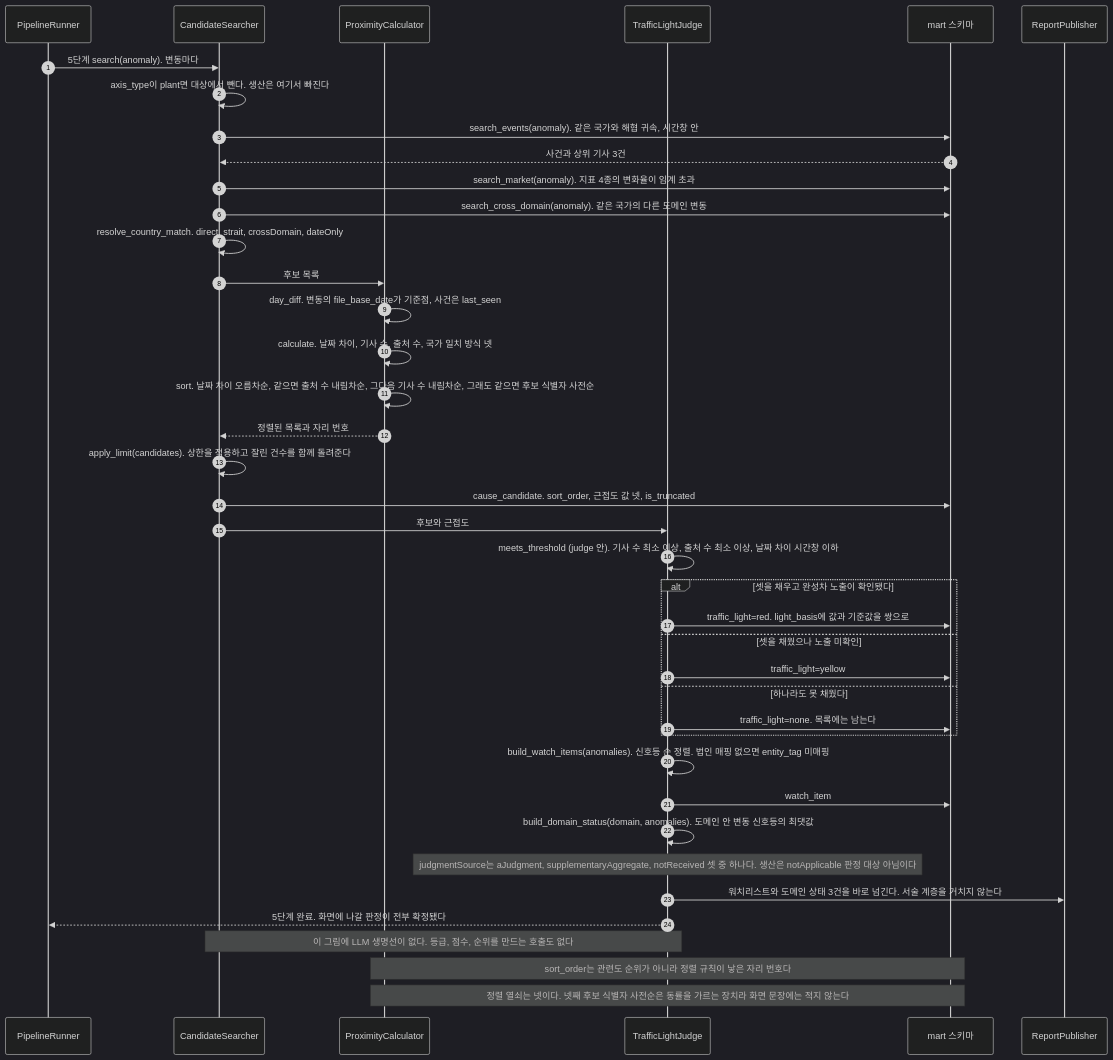
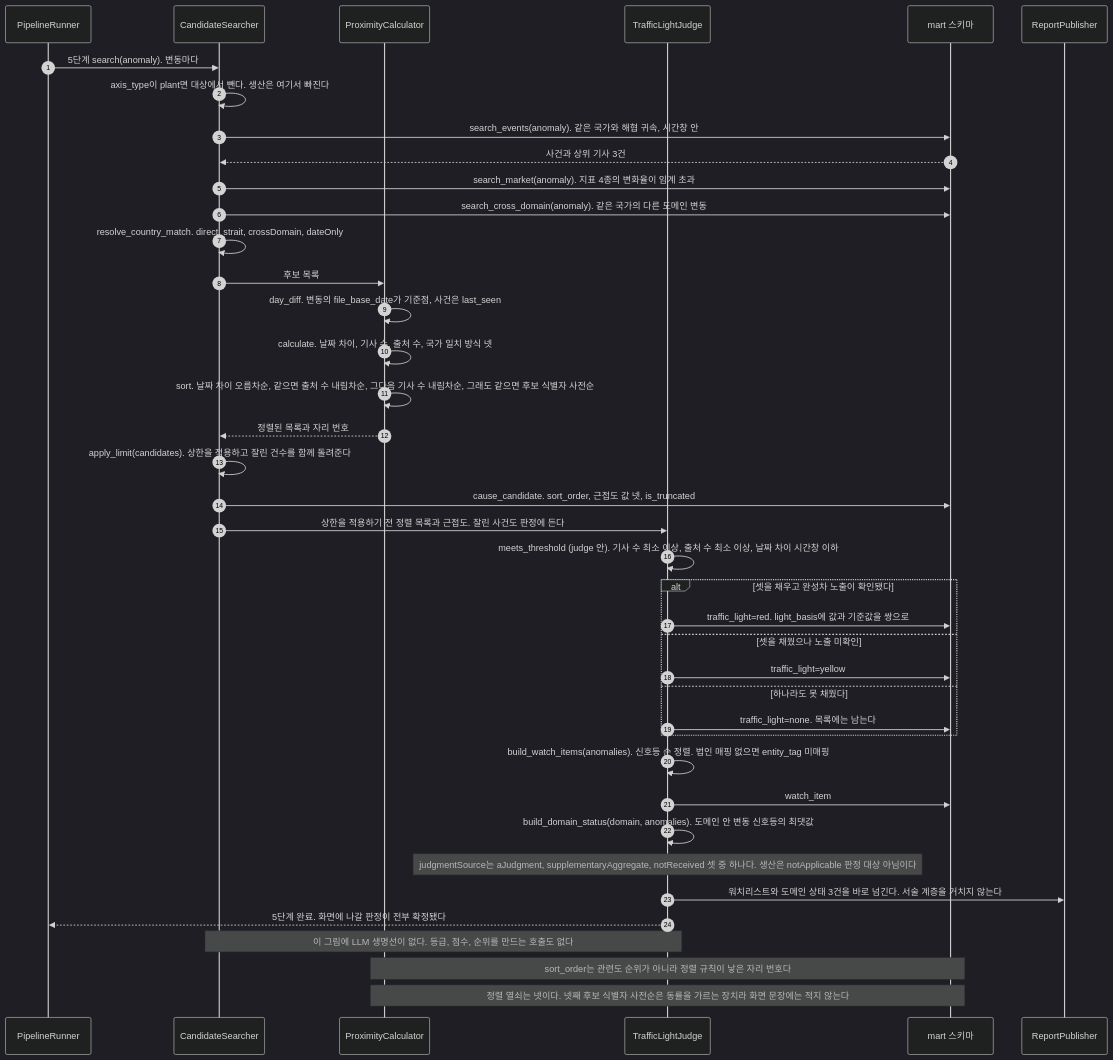
One commit to HoyoungParkme/tableau_platform changed the eighth of 14 diagrams in docs/specs/09-SEQ/TBL-SEQ-002.md. Above: the diagram before and after it, drawn with Mermaid (dark theme).

Commit message:
유저 결정 #25 반영(v4, 2026-09-30): SEQ-8에서 신호등 판정이 받는 목록을 상한 적용 전 정렬 목록으로 적는다.

````diff
--- a/docs/specs/09-SEQ/TBL-SEQ-002.md
+++ b/docs/specs/09-SEQ/TBL-SEQ-002.md
@@ -500,42 +500,42 @@
 ```mermaid
 sequenceDiagram
   autonumber
   participant RUN as PipelineRunner
   participant CS as CandidateSearcher
   participant PX as ProximityCalculator
   participant TLJ as TrafficLightJudge
   participant DB_MART as mart 스키마
   participant RP as ReportPublisher
   RUN->>CS: 5단계 search(anomaly). 변동마다
   CS->>CS: axis_type이 plant면 대상에서 뺀다. 생산은 여기서 빠진다
   CS->>DB_MART: search_events(anomaly). 같은 국가와 해협 귀속, 시간창 안
   DB_MART-->>CS: 사건과 상위 기사 3건
   CS->>DB_MART: search_market(anomaly). 지표 4종의 변화율이 임계 초과
   CS->>DB_MART: search_cross_domain(anomaly). 같은 국가의 다른 도메인 변동
   CS->>CS: resolve_country_match. direct, strait, crossDomain, dateOnly
   CS->>PX: 후보 목록
   PX->>PX: day_diff. 변동의 file_base_date가 기준점, 사건은 last_seen
   PX->>PX: calculate. 날짜 차이, 기사 수, 출처 수, 국가 일치 방식 넷
   PX->>PX: sort. 날짜 차이 오름차순, 같으면 출처 수 내림차순, 그다음 기사 수 내림차순, 그래도 같으면 후보 식별자 사전순
   PX-->>CS: 정렬된 목록과 자리 번호
   CS->>CS: apply_limit(candidates). 상한을 적용하고 잘린 건수를 함께 돌려준다
   CS->>DB_MART: cause_candidate. sort_order, 근접도 값 넷, is_truncated
-  CS->>TLJ: 후보와 근접도
+  CS->>TLJ: 상한을 적용하기 전 정렬 목록과 근접도. 잘린 사건도 판정에 든다
   TLJ->>TLJ: meets_threshold (judge 안). 기사 수 최소 이상, 출처 수 최소 이상, 날짜 차이 시간창 이하
   alt 셋을 채우고 완성차 노출이 확인됐다
     TLJ->>DB_MART: traffic_light=red. light_basis에 값과 기준값을 쌍으로
   else 셋을 채웠으나 노출 미확인
     TLJ->>DB_MART: traffic_light=yellow
   else 하나라도 못 채웠다
     TLJ->>DB_MART: traffic_light=none. 목록에는 남는다
   end
   TLJ->>TLJ: build_watch_items(anomalies). 신호등 순 정렬. 법인 매핑 없으면 entity_tag 미매핑
   TLJ->>DB_MART: watch_item
   TLJ->>TLJ: build_domain_status(domain, anomalies). 도메인 안 변동 신호등의 최댓값
   Note over TLJ: judgmentSource는 aJudgment, supplementaryAggregate, notReceived 셋 중 하나다. 생산은 notApplicable 판정 대상 아님이다
   TLJ->>RP: 워치리스트와 도메인 상태 3건을 바로 넘긴다. 서술 계층을 거치지 않는다
   TLJ-->>RUN: 5단계 완료. 화면에 나갈 판정이 전부 확정됐다
   Note over CS,TLJ: 이 그림에 LLM 생명선이 없다. 등급, 점수, 순위를 만드는 호출도 없다
   Note over PX,DB_MART: sort_order는 관련도 순위가 아니라 정렬 규칙이 낳은 자리 번호다
   Note over PX,DB_MART: 정렬 열쇠는 넷이다. 넷째 후보 식별자 사전순은 동률을 가르는 장치라 화면 문장에는 적지 않는다
 ```
````
